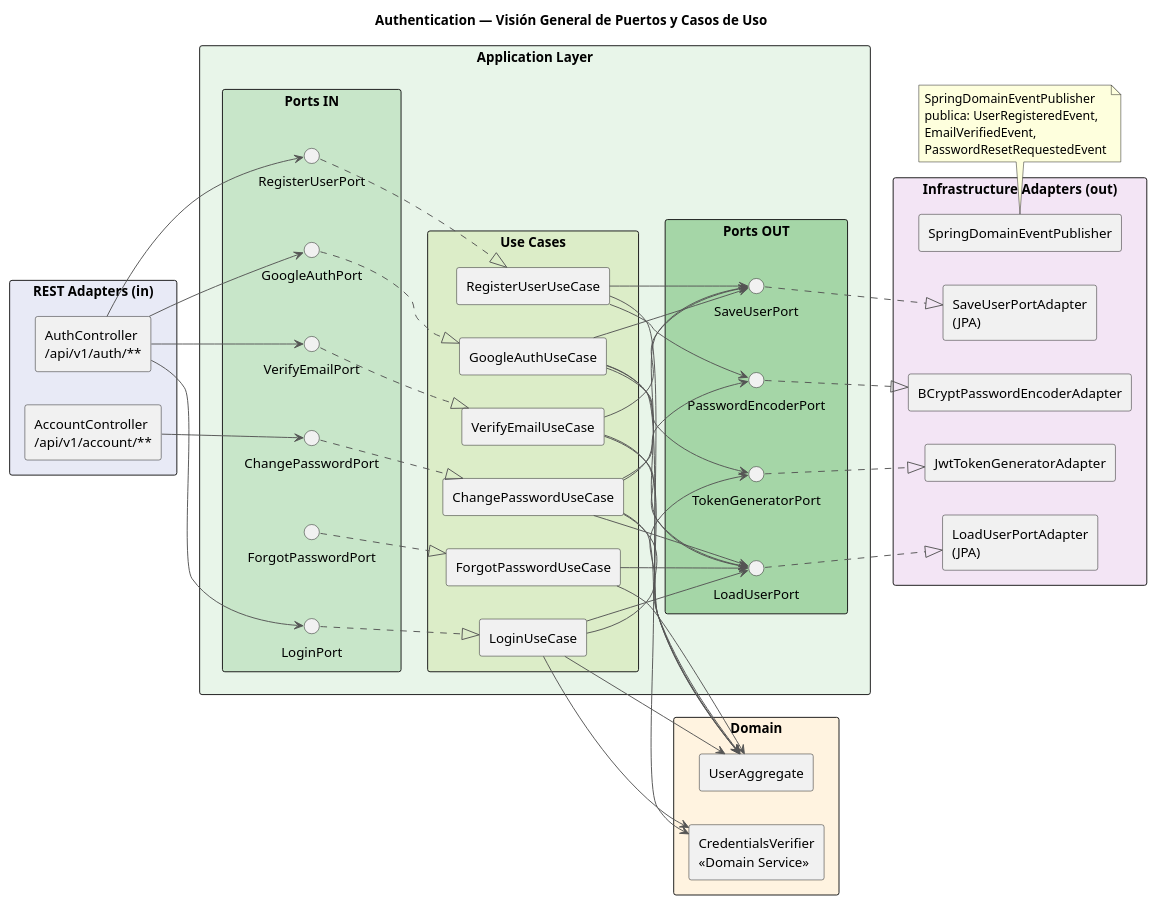
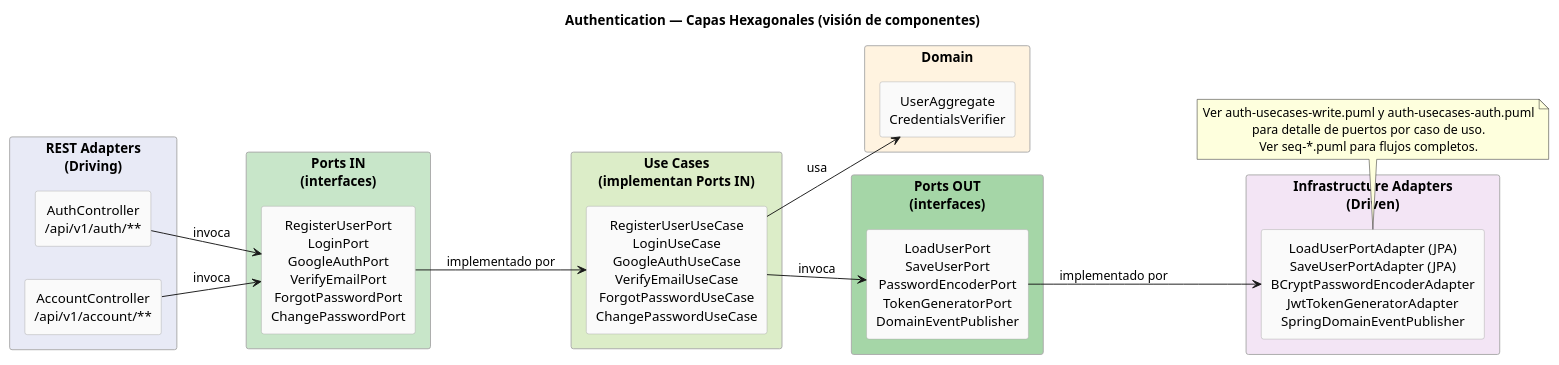
One commit to Leonardo-Robot-PostRock/RiseTogetherDemo changed the diagram in itjobs-docs/diagrams/auth-overview.puml. Above: the diagram before and after it, drawn with PlantUML. The commit also changed other lines of this file and 19 other files, not shown here.

Commit message:
chore: minor updates across diagrams, docs, and test files

```diff
--- a/itjobs-docs/diagrams/auth-overview.puml
+++ b/itjobs-docs/diagrams/auth-overview.puml
@@ -1,135 +1,52 @@
 @startuml AuthOverview
 
-title Authentication — Visión General de Puertos y Casos de Uso
+title Authentication — Capas Hexagonales (visión de componentes)
 
 left to right direction
 
 skinparam packageStyle rectangle
-skinparam componentStyle rectangle
-skinparam arrow {
-    Color #555555
-    FontSize 10
+skinparam defaultTextAlignment center
+skinparam rectangle {
+    BackgroundColor #FAFAFA
+    BorderColor #AAAAAA
 }
 
-' ══════════════════════════════════════════════
-'  DRIVING ADAPTERS (entrada)
-' ══════════════════════════════════════════════
-package "REST Adapters (in)" #E8EAF6 {
-    component [AuthController\n/api/v1/auth/**] as AUTH_CTRL
-    component [AccountController\n/api/v1/account/**] as ACC_CTRL
+rectangle "**REST Adapters**\n(Driving)" #E8EAF6 {
+    rectangle "AuthController\n/api/v1/auth/**" as CTRL1
+    rectangle "AccountController\n/api/v1/account/**" as CTRL2
 }
 
-' ══════════════════════════════════════════════
-'  APPLICATION LAYER — Ports (in) + Use Cases
-' ══════════════════════════════════════════════
-package "Application Layer" #E8F5E9 {
-
-    package "Ports IN" #C8E6C9 {
-        interface "RegisterUserPort" as P_REG
-        interface "LoginPort" as P_LOG
-        interface "GoogleAuthPort" as P_GOO
-        interface "VerifyEmailPort" as P_VER
-        interface "ChangePasswordPort" as P_CHG
-        interface "ForgotPasswordPort" as P_FRG
-    }
-
-    package "Use Cases" #DCEDC8 {
-        component [RegisterUserUseCase] as UC_REG
-        component [LoginUseCase] as UC_LOG
-        component [GoogleAuthUseCase] as UC_GOO
-        component [VerifyEmailUseCase] as UC_VER
-        component [ChangePasswordUseCase] as UC_CHG
-        component [ForgotPasswordUseCase] as UC_FRG
-    }
-
-    package "Ports OUT" #A5D6A7 {
-        interface "LoadUserPort" as P_LOAD
-        interface "SaveUserPort" as P_SAVE
-        interface "PasswordEncoderPort" as P_ENC
-        interface "TokenGeneratorPort" as P_TOK
-    }
+rectangle "**Ports IN**\n(interfaces)" #C8E6C9 {
+    rectangle "RegisterUserPort\nLoginPort\nGoogleAuthPort\nVerifyEmailPort\nForgotPasswordPort\nChangePasswordPort" as PORTS_IN
 }
 
-' ══════════════════════════════════════════════
-'  DOMAIN
-' ══════════════════════════════════════════════
-package "Domain" #FFF3E0 {
-    component [UserAggregate] as UA
-    component [CredentialsVerifier\n<<Domain Service>>] as CV
+rectangle "**Use Cases**\n(implementan Ports IN)" #DCEDC8 {
+    rectangle "RegisterUserUseCase\nLoginUseCase\nGoogleAuthUseCase\nVerifyEmailUseCase\nForgotPasswordUseCase\nChangePasswordUseCase" as UCS
 }
 
-' ══════════════════════════════════════════════
-'  DRIVEN ADAPTERS (salida)
-' ══════════════════════════════════════════════
-package "Infrastructure Adapters (out)" #F3E5F5 {
-    component [LoadUserPortAdapter\n(JPA)] as A_LOAD
-    component [SaveUserPortAdapter\n(JPA)] as A_SAVE
-    component [BCryptPasswordEncoderAdapter] as A_ENC
-    component [JwtTokenGeneratorAdapter] as A_TOK
-    component [SpringDomainEventPublisher] as A_PUB
+rectangle "**Domain**" #FFF3E0 {
+    rectangle "UserAggregate\nCredentialsVerifier" as DOM
 }
 
-' ══════════════════════════════════════════════
-'  DRIVING ADAPTER → PORTS IN
-' ══════════════════════════════════════════════
-AUTH_CTRL --> P_REG
-AUTH_CTRL --> P_LOG
-AUTH_CTRL --> P_GOO
-AUTH_CTRL --> P_VER
-ACC_CTRL  --> P_CHG
+rectangle "**Ports OUT**\n(interfaces)" #A5D6A7 {
+    rectangle "LoadUserPort\nSaveUserPort\nPasswordEncoderPort\nTokenGeneratorPort\nDomainEventPublisher" as PORTS_OUT
+}
 
-' ══════════════════════════════════════════════
-'  PORTS IN → USE CASES (implementan el puerto)
-' ══════════════════════════════════════════════
-P_REG ..|> UC_REG
-P_LOG ..|> UC_LOG
-P_GOO ..|> UC_GOO
-P_VER ..|> UC_VER
-P_CHG ..|> UC_CHG
-P_FRG ..|> UC_FRG
+rectangle "**Infrastructure Adapters**\n(Driven)" #F3E5F5 {
+    rectangle "LoadUserPortAdapter (JPA)\nSaveUserPortAdapter (JPA)\nBCryptPasswordEncoderAdapter\nJwtTokenGeneratorAdapter\nSpringDomainEventPublisher" as ADAPTERS
+}
 
-' ══════════════════════════════════════════════
-'  USE CASES → DOMAIN
-' ══════════════════════════════════════════════
-UC_REG --> UA
-UC_LOG --> UA
-UC_GOO --> UA
-UC_VER --> UA
-UC_CHG --> UA
-UC_FRG --> UA
-UC_LOG --> CV
-UC_CHG --> CV
+CTRL1 --> PORTS_IN : invoca
+CTRL2 --> PORTS_IN : invoca
+PORTS_IN --> UCS : implementado por
+UCS --> DOM : usa
+UCS --> PORTS_OUT : invoca
+PORTS_OUT --> ADAPTERS : implementado por
 
-' ══════════════════════════════════════════════
-'  USE CASES → PORTS OUT
-' ══════════════════════════════════════════════
-UC_REG --> P_SAVE
-UC_REG --> P_ENC
-UC_LOG --> P_LOAD
-UC_LOG --> P_TOK
-UC_GOO --> P_LOAD
-UC_GOO --> P_SAVE
-UC_GOO --> P_TOK
-UC_VER --> P_LOAD
-UC_VER --> P_SAVE
-UC_CHG --> P_LOAD
-UC_CHG --> P_SAVE
-UC_CHG --> P_ENC
-UC_FRG --> P_LOAD
-
-' ══════════════════════════════════════════════
-'  PORTS OUT → ADAPTERS (implementan el puerto)
-' ══════════════════════════════════════════════
-P_LOAD ..|> A_LOAD
-P_SAVE ..|> A_SAVE
-P_ENC  ..|> A_ENC
-P_TOK  ..|> A_TOK
-
-note bottom of A_PUB
-  SpringDomainEventPublisher
-  publica: UserRegisteredEvent,
-  EmailVerifiedEvent,
-  PasswordResetRequestedEvent
+note bottom
+  Ver auth-usecases-write.puml y auth-usecases-auth.puml
+  para detalle de puertos por caso de uso.
+  Ver seq-*.puml para flujos completos.
 end note
 
 @enduml
```
